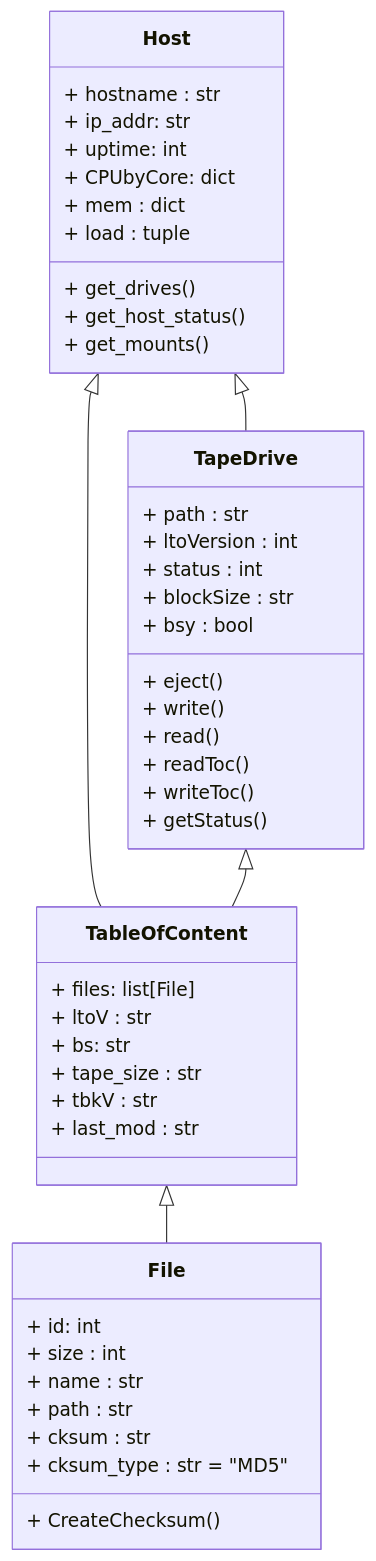
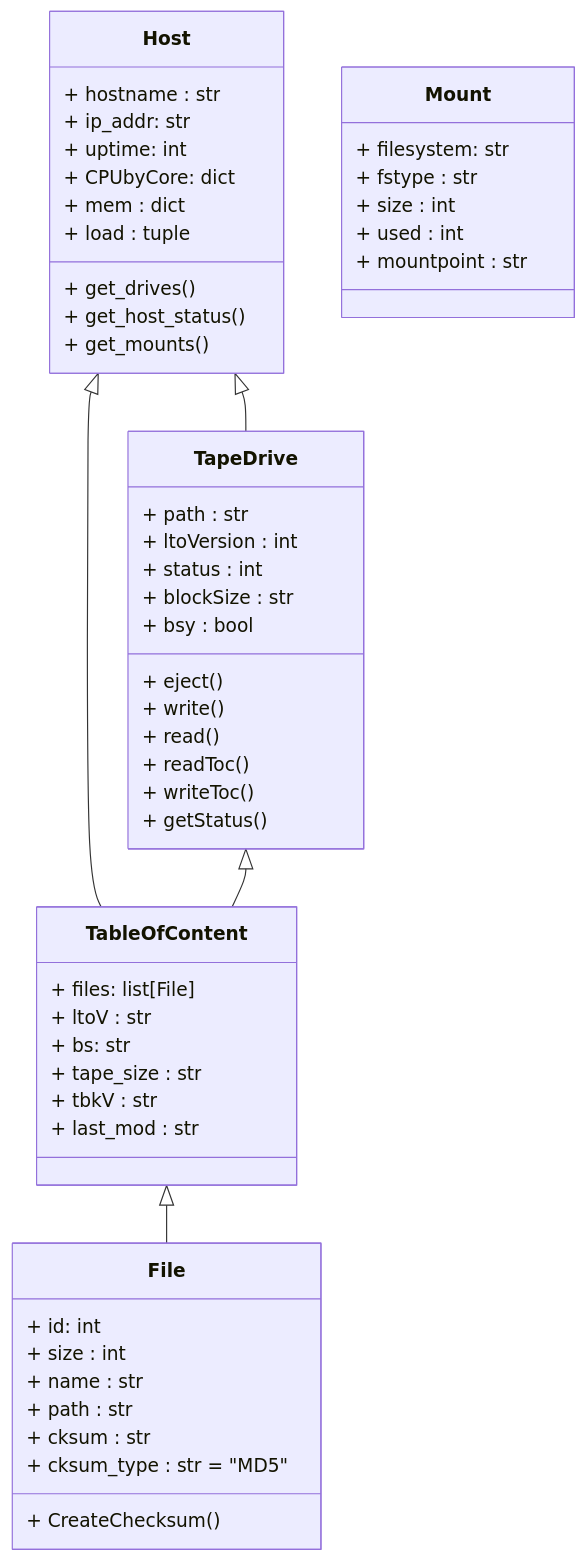
Before and after one commit to RPi2User/rutbs4: the diagram in docs/classDiagram.md, drawn with Mermaid. The commit also changed 5 other files, not shown here.

````diff
--- a/docs/classDiagram.md
+++ b/docs/classDiagram.md
@@ -1,58 +1,66 @@
 ```mermaid
 classDiagram
 
 
 Host <|-- TapeDrive
 Host <|-- TableOfContent
 TapeDrive <|-- TableOfContent
 TableOfContent <|-- File
 
 class Host{
     + hostname : str
     + ip_addr: str
     + uptime: int
     + CPUbyCore: dict
     + mem : dict
     + load : tuple
 
     + get_drives()
     + get_host_status()
     + get_mounts()
 }
 
 class TapeDrive{
     + path : str
     + ltoVersion : int
     + status : int
     + blockSize : str
     + bsy : bool
 
     + eject()
     + write()
     + read()
     + readToc()
     + writeToc()
     + getStatus()
 }
 
+class Mount{
+    + filesystem: str
+    + fstype : str
+    + size : int
+    + used : int
+    + mountpoint : str
+}
+
 class TableOfContent{
     + files: list[File]
     + ltoV : str
     + bs: str
     + tape_size : str
     + tbkV : str
     + last_mod : str
 }
 
 class File{
     + id: int
     + size : int
     + name : str
     + path : str
     + cksum : str
     + cksum_type : str = "MD5"
 
     + CreateChecksum()
 }
 
 ```
````
